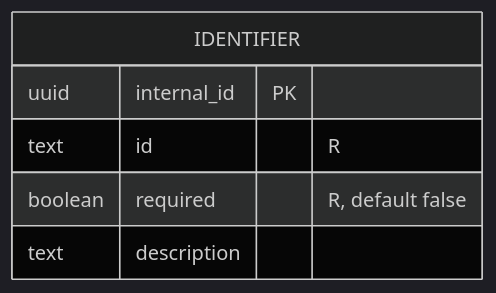
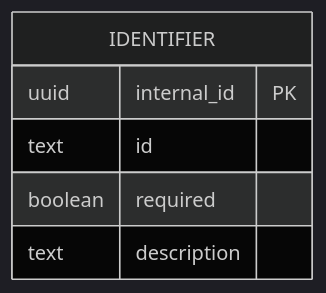
Before and after one commit to AlexandreGallais/synoptic-studio-spec: the diagram in metadata/entities/01-identifier.md, drawn with Mermaid (dark theme). The commit also changed other lines of this file and 1 other file, not shown here.

First line of the commit message:
docs(entities): split required and default into their own columns

````diff
--- a/metadata/entities/01-identifier.md
+++ b/metadata/entities/01-identifier.md
@@ -11,9 +11,9 @@
 ```mermaid
 erDiagram
     IDENTIFIER {
         uuid internal_id PK
-        text id "R"
-        boolean required "R, default false"
+        text id
+        boolean required
         text description
     }
 ```
````
